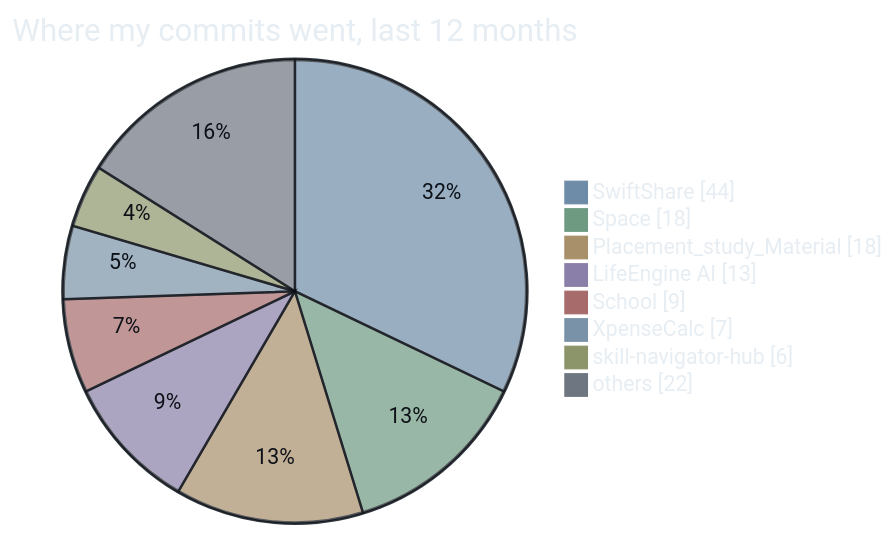
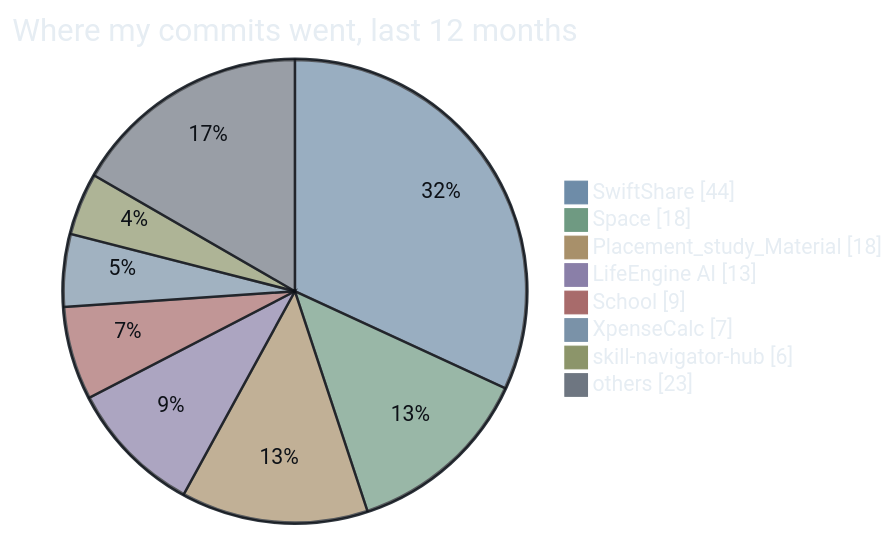
Before and after one commit to AyushPandey510/AyushPandey510: the seventh of 7 diagrams in README.md, drawn with Mermaid. The commit also changed other lines of this file and 10 other files, not shown here.

````diff
--- a/README.md
+++ b/README.md
@@ -187,12 +187,12 @@
 ```mermaid
 %%{init: {"theme":"base","themeVariables":{"pie1":"#6E8CA8","pie2":"#6F9A82","pie3":"#A8906A","pie4":"#8A7FA8","pie5":"#A86B6B","pie6":"#7A92A8","pie7":"#8C956A","pie8":"#6E7681","pieStrokeColor":"#0D1117","pieStrokeWidth":"2px","pieOuterStrokeColor":"#30363D","pieTitleTextColor":"#E6EDF3","pieSectionTextColor":"#0D1117","pieLegendTextColor":"#E6EDF3","fontFamily":"monospace"}}}%%
 pie showData title Where my commits went, last 12 months
     "SwiftShare" : 44
     "Space" : 18
     "Placement_study_Material" : 18
     "LifeEngine AI" : 13
     "School" : 9
     "XpenseCalc" : 7
     "skill-navigator-hub" : 6
-    "others" : 22
+    "others" : 23
 ```
````
